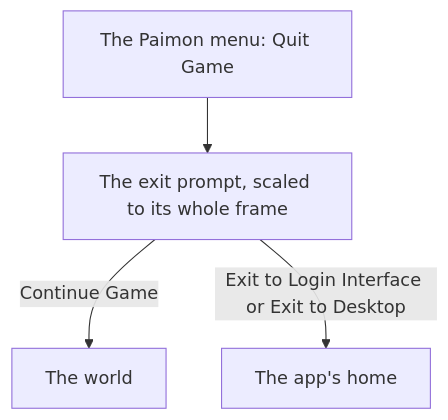
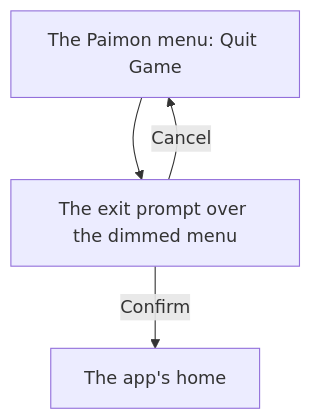
Before and after one commit to Esposter/Esposter: the diagram in openspec/changes/genshin-menu-quit-prompt/design.md, drawn with Mermaid. The commit also changed other lines of this file and 15 other files, not shown here.

First line of the commit message:
feat(genshin-world): the quit prompt draws the current build's two choices over the dimmed menu

````diff
--- a/openspec/changes/genshin-menu-quit-prompt/design.md
+++ b/openspec/changes/genshin-menu-quit-prompt/design.md
@@ -7,6 +7,6 @@
 ```mermaid
 flowchart TD
-  MENU["The Paimon menu: Quit Game"] --> PROMPT["The exit prompt, scaled to its whole frame"]
-  PROMPT -->|"Continue Game"| WORLD["The world"]
-  PROMPT -->|"Exit to Login Interface or Exit to Desktop"| HOME["The app's home"]
+  MENU["The Paimon menu: Quit Game"] --> PROMPT["The exit prompt over the dimmed menu"]
+  PROMPT -->|"Cancel"| MENU
+  PROMPT -->|"Confirm"| HOME["The app's home"]
 ```
````
